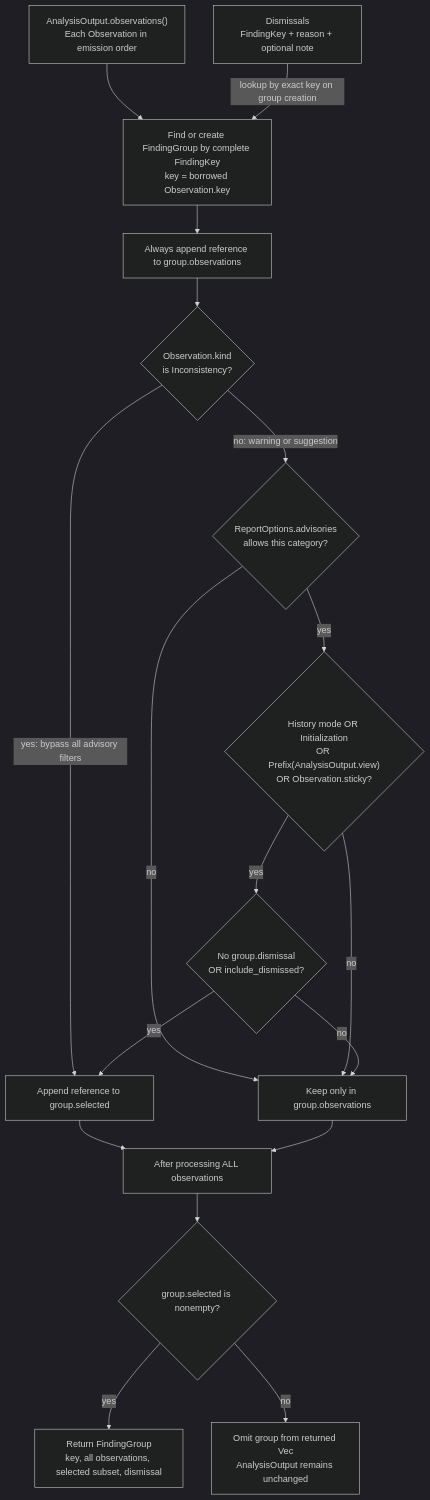
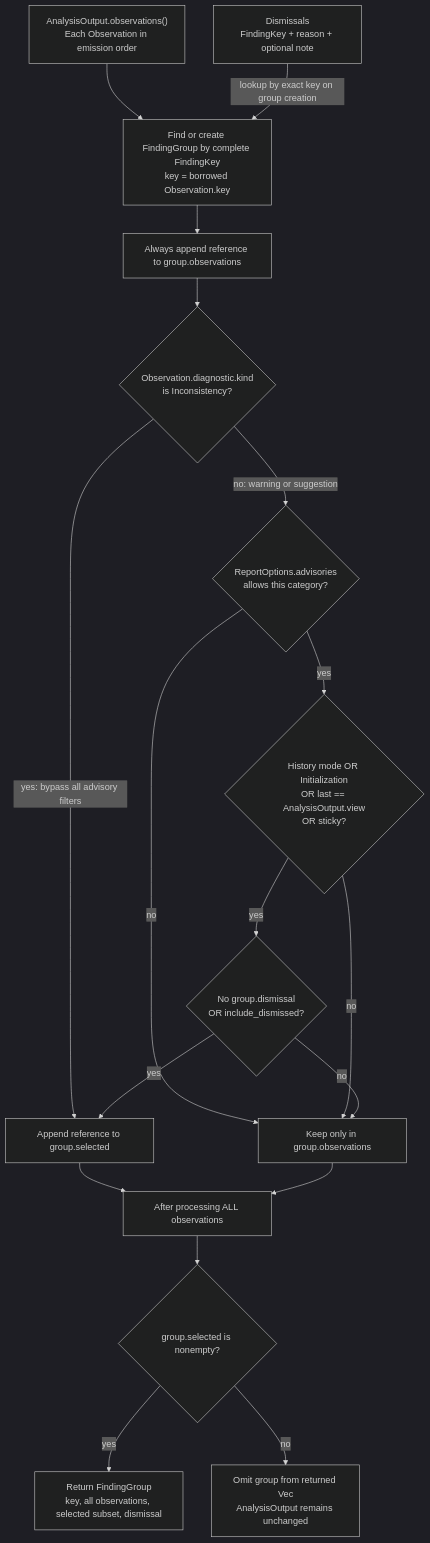
One commit to RezaOnGithub/lifecore changed the second of 3 diagrams in docs/MESSAGES.md. Above: the diagram before and after it, drawn with Mermaid (dark theme). The commit also changed other lines of this file and 5 other files, not shown here.

````diff
--- a/docs/MESSAGES.md
+++ b/docs/MESSAGES.md
@@ -105,34 +105,34 @@
 ```mermaid
 flowchart TD
     O["AnalysisOutput.observations()<br/>Each Observation in emission order"]
     G["Find or create FindingGroup by complete FindingKey<br/>key = borrowed Observation.key"]
     DS["Dismissals<br/>FindingKey + reason + optional note"]
     ALL["Always append reference to group.observations"]
-    I{"Observation.kind<br/>is Inconsistency?"}
+    I{"Observation.diagnostic.kind<br/>is Inconsistency?"}
     C{"ReportOptions.advisories<br/>allows this category?"}
-    B{"History mode OR Initialization<br/>OR Prefix(AnalysisOutput.view)<br/>OR Observation.sticky?"}
+    B{"History mode OR Initialization<br/>OR last == AnalysisOutput.view<br/>OR sticky?"}
     D{"No group.dismissal<br/>OR include_dismissed?"}
     YES["Append reference to group.selected"]
     NO["Keep only in group.observations"]
     DONE["After processing ALL observations"]
     KEEP{"group.selected is nonempty?"}
     OUT["Return FindingGroup<br/>key, all observations, selected subset, dismissal"]
     HIDE["Omit group from returned Vec<br/>AnalysisOutput remains unchanged"]
 
     O --> G
     DS -->|lookup by exact key on group creation| G
     G --> ALL --> I
     I -->|yes: bypass all advisory filters| YES
     I -->|no: warning or suggestion| C
     C -->|no| NO
     C -->|yes| B
     B -->|no| NO
     B -->|yes| D
     D -->|no| NO
     D -->|yes| YES
     YES --> DONE
     NO --> DONE
     DONE --> KEEP
     KEEP -->|yes| OUT
     KEEP -->|no| HIDE
 ```
````
